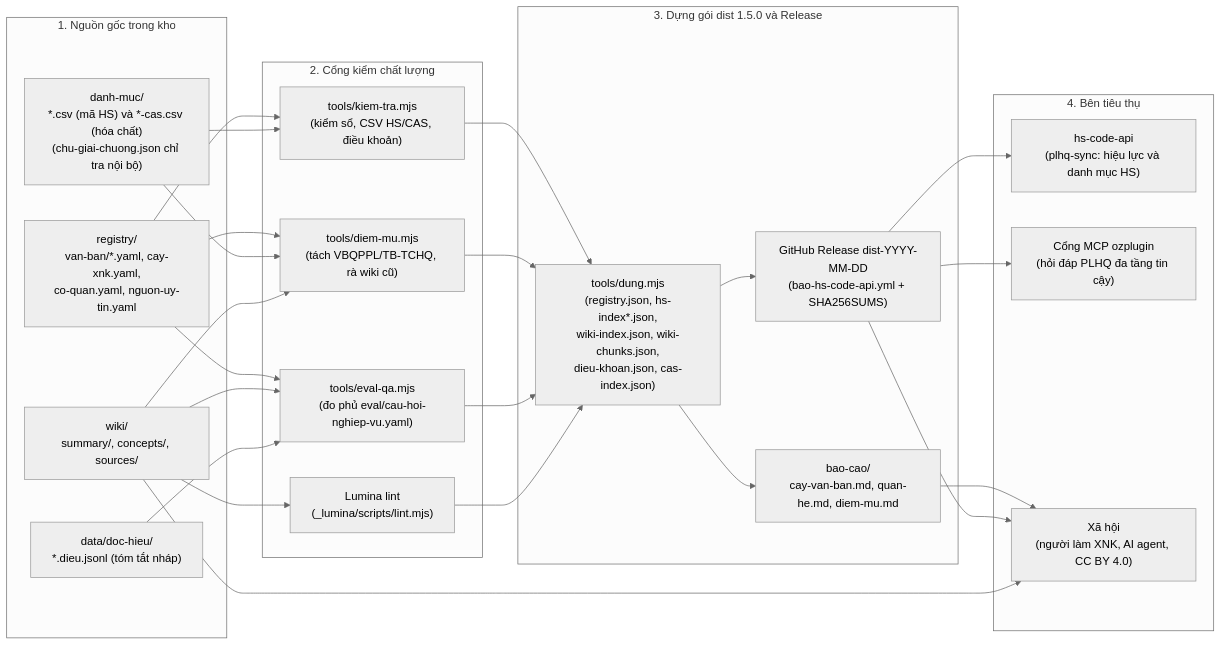
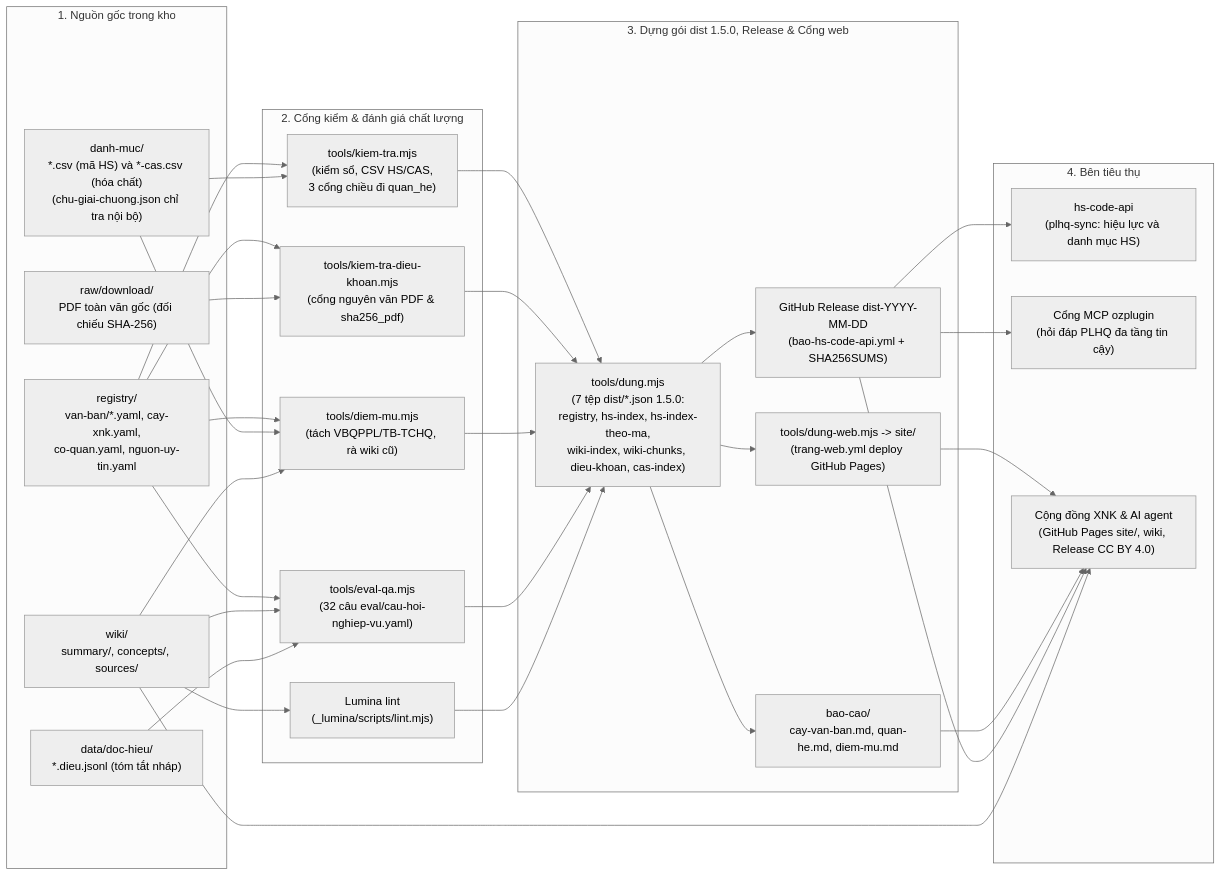
Before and after one commit to ozvietnam/oz-wiki-plhq: the first of 2 diagrams in docs/SO-DO-HE-THONG.md, drawn with Mermaid (neutral theme). The commit also changed other lines of this file and 11 other files, not shown here.

Commit message:
feat(web,triage,docs): cổng web tra cứu công khai 4 tab, phân loại [miss] chỉ đọc và đồng bộ tài liệu (Wave 4) (#581)

````diff
--- a/docs/SO-DO-HE-THONG.md
+++ b/docs/SO-DO-HE-THONG.md
@@ -31,51 +33,59 @@
 ```mermaid
 flowchart LR
   subgraph S1["1. Nguồn gốc trong kho"]
     REG["registry/<br/>van-ban/*.yaml, cay-xnk.yaml,<br/>co-quan.yaml, nguon-uy-tin.yaml"]
     DM["danh-muc/<br/>*.csv (mã HS) và *-cas.csv (hóa chất)<br/>(chu-giai-chuong.json chỉ tra nội bộ)"]
     WIKI["wiki/<br/>summary/, concepts/, sources/"]
     DH["data/doc-hieu/<br/>*.dieu.jsonl (tóm tắt nháp)"]
+    RAW["raw/download/<br/>PDF toàn văn gốc (đối chiếu SHA-256)"]
   end
 
-  subgraph S2["2. Cổng kiểm chất lượng"]
-    KT["tools/kiem-tra.mjs<br/>(kiểm sổ, CSV HS/CAS, điều khoản)"]
+  subgraph S2["2. Cổng kiểm & đánh giá chất lượng"]
+    KT["tools/kiem-tra.mjs<br/>(kiểm sổ, CSV HS/CAS,<br/>3 cổng chiều đi quan_he)"]
+    KTDK["tools/kiem-tra-dieu-khoan.mjs<br/>(cổng nguyên văn PDF & sha256_pdf)"]
     DMMU["tools/diem-mu.mjs<br/>(tách VBQPPL/TB-TCHQ, rà wiki cũ)"]
-    EVAL["tools/eval-qa.mjs<br/>(đo phủ eval/cau-hoi-nghiep-vu.yaml)"]
+    EVAL["tools/eval-qa.mjs<br/>(32 câu eval/cau-hoi-nghiep-vu.yaml)"]
     LINT["Lumina lint<br/>(_lumina/scripts/lint.mjs)"]
   end
 
-  subgraph S3["3. Dựng gói dist 1.5.0 và Release"]
-    DUNG["tools/dung.mjs<br/>(registry.json, hs-index*.json,<br/>wiki-index.json, wiki-chunks.json,<br/>dieu-khoan.json, cas-index.json)"]
+  subgraph S3["3. Dựng gói dist 1.5.0, Release & Cổng web"]
+    DUNG["tools/dung.mjs<br/>(7 tệp dist/*.json 1.5.0:<br/>registry, hs-index, hs-index-theo-ma,<br/>wiki-index, wiki-chunks, dieu-khoan, cas-index)"]
     REL["GitHub Release dist-YYYY-MM-DD<br/>(bao-hs-code-api.yml + SHA256SUMS)"]
+    WEB["tools/dung-web.mjs -> site/<br/>(trang-web.yml deploy GitHub Pages)"]
     BC["bao-cao/<br/>cay-van-ban.md, quan-he.md, diem-mu.md"]
   end
 
   subgraph S4["4. Bên tiêu thụ"]
     HSAPI["hs-code-api<br/>(plhq-sync: hiệu lực và danh mục HS)"]
     MCP["Cổng MCP ozplugin<br/>(hỏi đáp PLHQ đa tầng tin cậy)"]
-    XH["Xã hội<br/>(người làm XNK, AI agent, CC BY 4.0)"]
+    XH["Cộng đồng XNK & AI agent<br/>(GitHub Pages site/, wiki, Release CC BY 4.0)"]
   end
 
   REG --> KT
   DM --> KT
+  REG --> KTDK
+  RAW --> KTDK
   REG --> DMMU
   DM --> DMMU
   WIKI --> DMMU
   WIKI --> LINT
   REG --> EVAL
   WIKI --> EVAL
   DH --> EVAL
 
   KT --> DUNG
+  KTDK --> DUNG
   DMMU --> DUNG
   EVAL --> DUNG
   LINT --> DUNG
 
   DUNG --> REL
+  DUNG --> WEB
   DUNG --> BC
   REL --> HSAPI
   REL --> MCP
+  WEB --> XH
   BC --> XH
   REL --> XH
   WIKI --> XH
 ```
````
